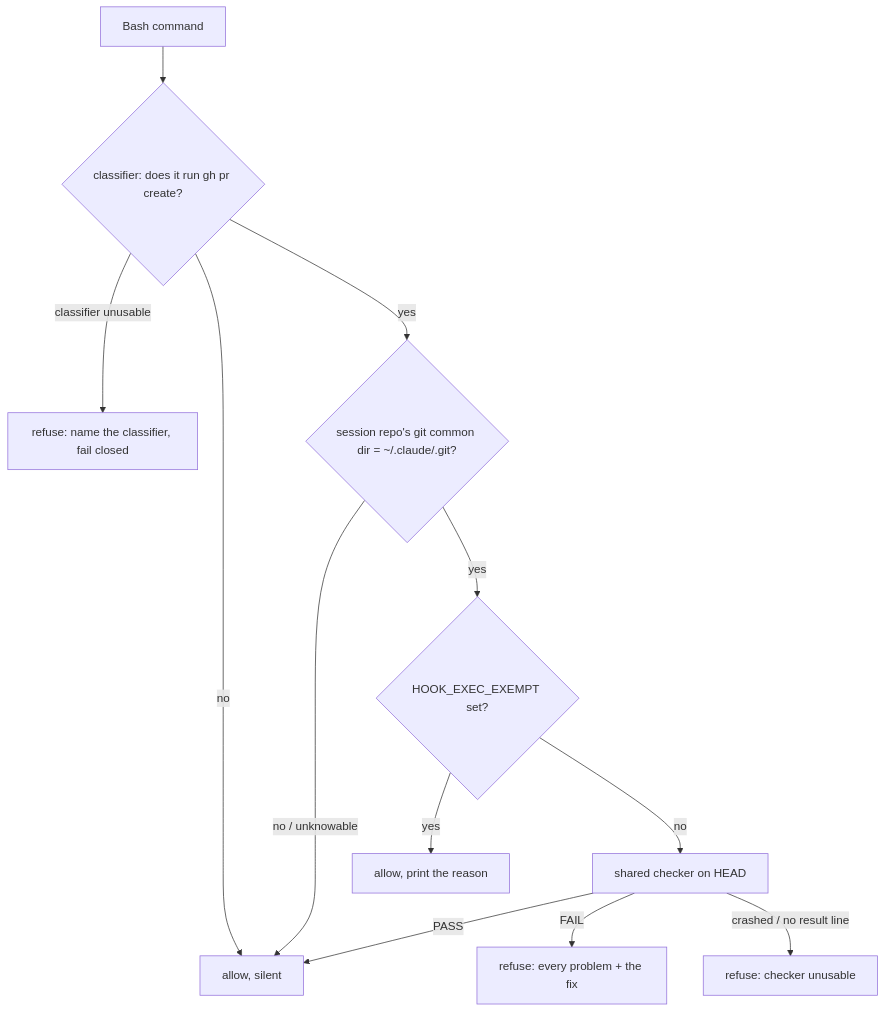
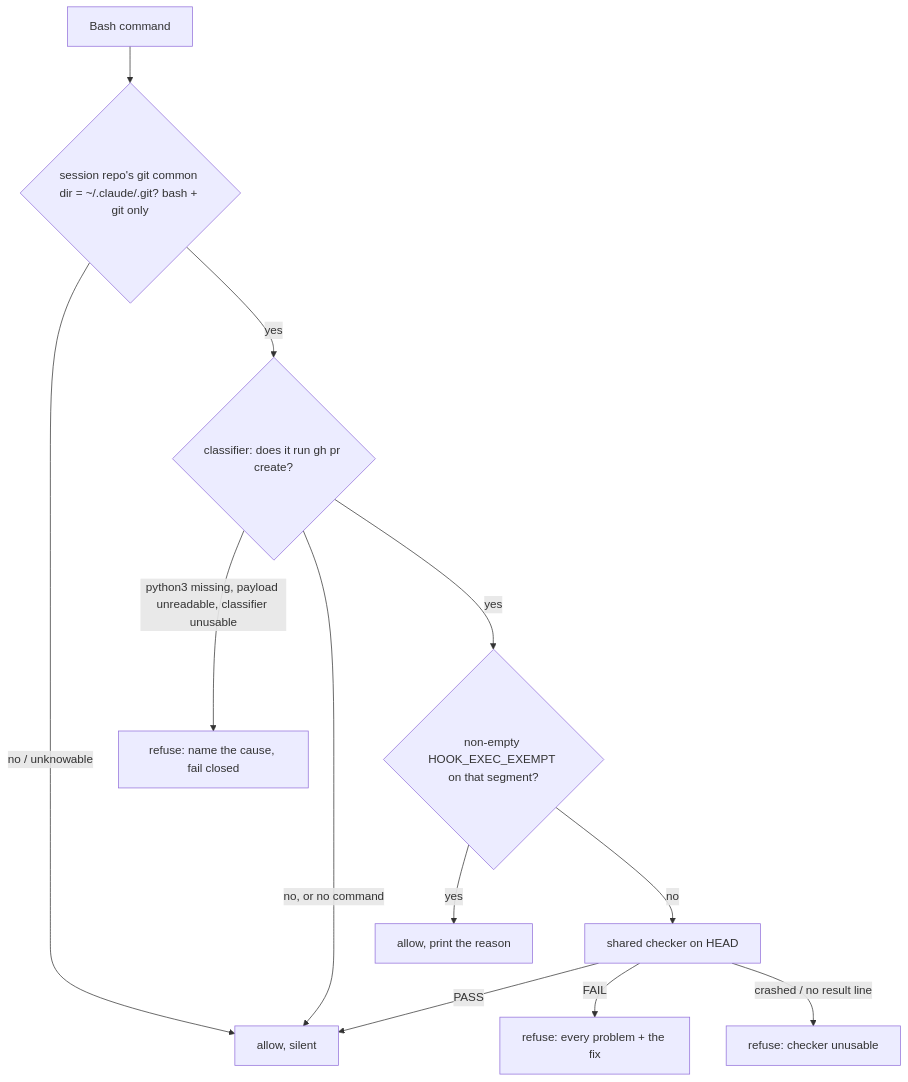
One commit to suyatdev/.claude changed the diagram in docs/features/hook-exec-bit-pr-guard.md. Above: the diagram before and after it, drawn with Mermaid. The commit also changed other lines of this file and 2 other files, not shown here.

First line of the commit message:
docs(hook-exec-bit-pr-guard): round-1 judge verdicts and the spec revision they asked for

````diff
--- a/docs/features/hook-exec-bit-pr-guard.md
+++ b/docs/features/hook-exec-bit-pr-guard.md
@@ -70,14 +73,14 @@
 ```mermaid
 flowchart TD
-  A[Bash command] --> B{classifier: does it run gh pr create?}
-  B -- classifier unusable --> X[refuse: name the classifier, fail closed]
-  B -- no --> OK[allow, silent]
-  B -- yes --> C{session repo's git common dir = ~/.claude/.git?}
-  C -- no / unknowable --> OK
-  C -- yes --> D{HOOK_EXEC_EXEMPT set?}
+  A[Bash command] --> C{session repo's git common dir = ~/.claude/.git? bash + git only}
+  C -- no / unknowable --> OK[allow, silent]
+  C -- yes --> B{classifier: does it run gh pr create?}
+  B -- python3 missing, payload unreadable, classifier unusable --> X[refuse: name the cause, fail closed]
+  B -- no, or no command --> OK
+  B -- yes --> D{non-empty HOOK_EXEC_EXEMPT on that segment?}
   D -- yes --> E[allow, print the reason]
   D -- no --> F[shared checker on HEAD]
   F -- PASS --> OK
   F -- FAIL --> R[refuse: every problem + the fix]
   F -- crashed / no result line --> X2[refuse: checker unusable]
 ```
````
